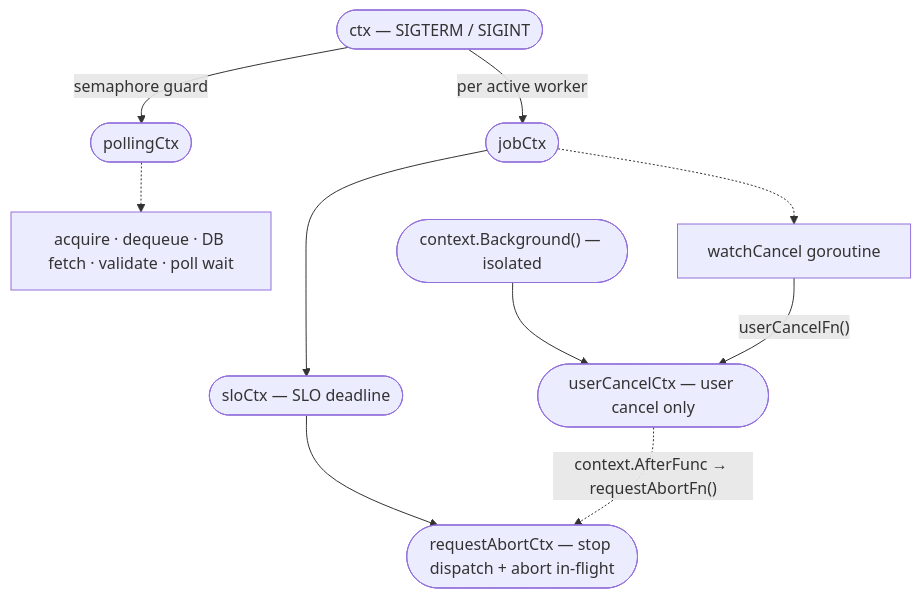
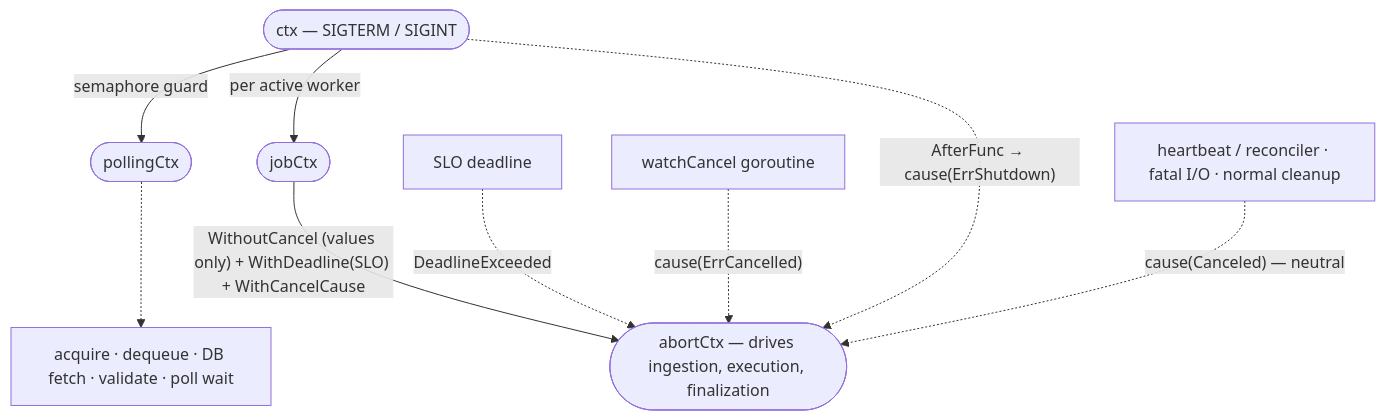
One commit to llm-d-incubation/batch-gateway changed the second of 4 diagrams in docs/design/batch_processor_architecture.md. Above: the diagram before and after it, drawn with Mermaid. The commit also changed other lines of this file and 1 other file, not shown here.

First line of the commit message:
docs: update batch job execution description to the new design (#626)

````diff
--- a/docs/design/batch_processor_architecture.md
+++ b/docs/design/batch_processor_architecture.md
@@ -231,19 +234,16 @@
 ```mermaid
 graph TD
     ctx(["ctx — SIGTERM / SIGINT"])
 
     ctx -->|"semaphore guard"| pollingCtx(["pollingCtx"])
     ctx -->|"per active worker"| jobCtx(["jobCtx"])
 
     pollingCtx -.-> polling["acquire · dequeue · DB fetch · validate · poll wait"]
 
-    jobCtx --> sloCtx(["sloCtx — SLO deadline"])
-    jobCtx -.-> watchCancel["watchCancel goroutine"]
+    jobCtx -->|"WithoutCancel (values only) + WithDeadline(SLO) + WithCancelCause"| abortCtx(["abortCtx — drives ingestion, execution, finalization"])
 
-    sloCtx --> requestAbortCtx(["requestAbortCtx — stop dispatch + abort in-flight"])
-
-    bg(["context.Background() — isolated"])
-    bg --> userCancelCtx(["userCancelCtx — user cancel only"])
-    watchCancel -->|"userCancelFn()"| userCancelCtx
-    userCancelCtx -.->|"context.AfterFunc → requestAbortFn()"| requestAbortCtx
+    slo["SLO deadline"] -.->|"DeadlineExceeded"| abortCtx
+    watchCancel["watchCancel goroutine"] -.->|"cause(ErrCancelled)"| abortCtx
+    ctx -.->|"AfterFunc → cause(ErrShutdown)"| abortCtx
+    reconciler["heartbeat / reconciler · fatal I/O · normal cleanup"] -.->|"cause(Canceled) — neutral"| abortCtx
 ```
````
